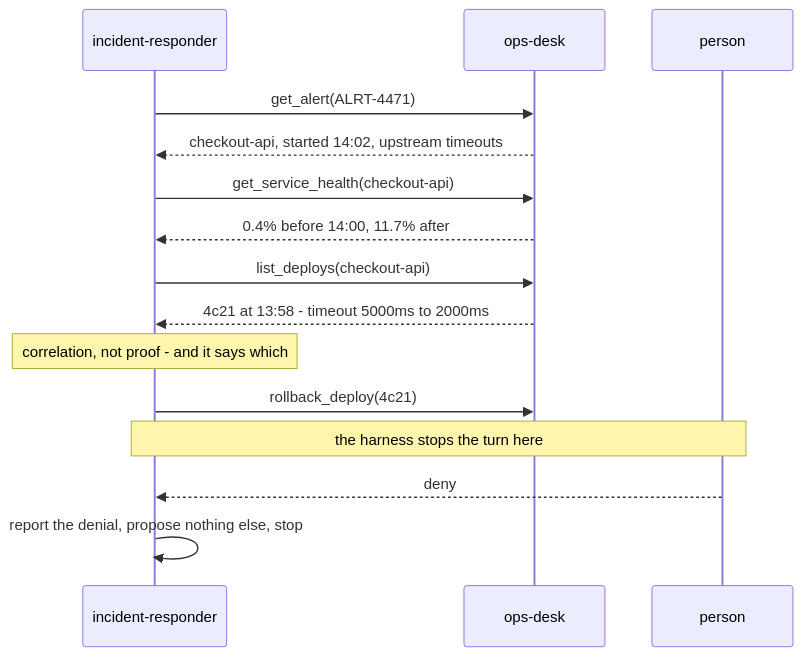
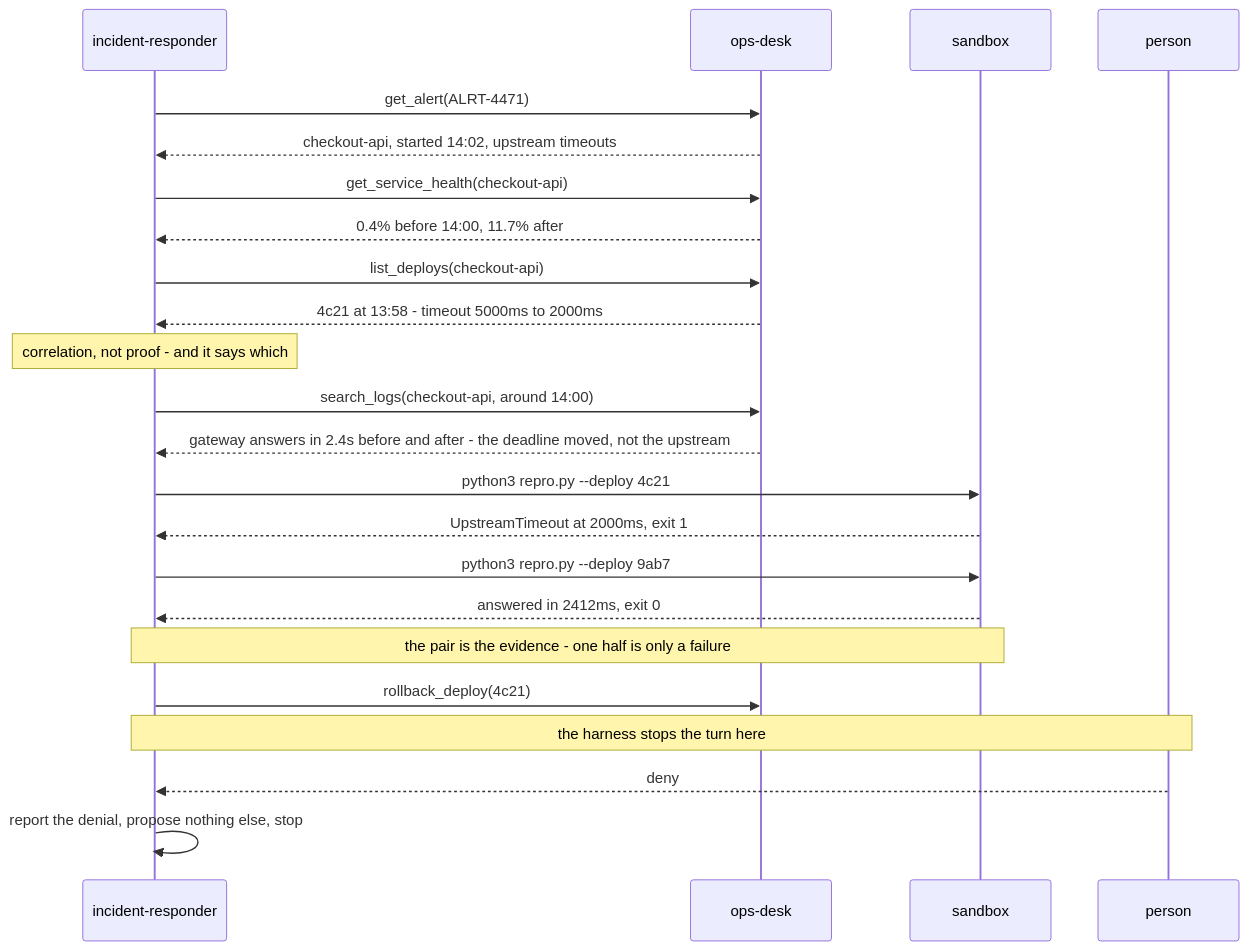
Before and after one commit to manumishra12/quartermaster: the second of 2 diagrams in mcp/ops-desk/README.md, drawn with Mermaid. The commit also changed other lines of this file and 3 other files, not shown here.

````diff
--- a/mcp/ops-desk/README.md
+++ b/mcp/ops-desk/README.md
@@ -177,18 +177,26 @@
 ```mermaid
 sequenceDiagram
   participant A as incident-responder
   participant O as ops-desk
+  participant S as sandbox
   participant P as person
 
   A->>O: get_alert(ALRT-4471)
   O-->>A: checkout-api, started 14:02, upstream timeouts
   A->>O: get_service_health(checkout-api)
   O-->>A: 0.4% before 14:00, 11.7% after
   A->>O: list_deploys(checkout-api)
   O-->>A: 4c21 at 13:58 - timeout 5000ms to 2000ms
   Note over A: correlation, not proof - and it says which
+  A->>O: search_logs(checkout-api, around 14:00)
+  O-->>A: gateway answers in 2.4s before and after - the deadline moved, not the upstream
+  A->>S: python3 repro.py --deploy 4c21
+  S-->>A: UpstreamTimeout at 2000ms, exit 1
+  A->>S: python3 repro.py --deploy 9ab7
+  S-->>A: answered in 2412ms, exit 0
+  Note over A,S: the pair is the evidence - one half is only a failure
   A->>O: rollback_deploy(4c21)
   Note over A,P: the harness stops the turn here
   P-->>A: deny
   A->>A: report the denial, propose nothing else, stop
 ```
````
